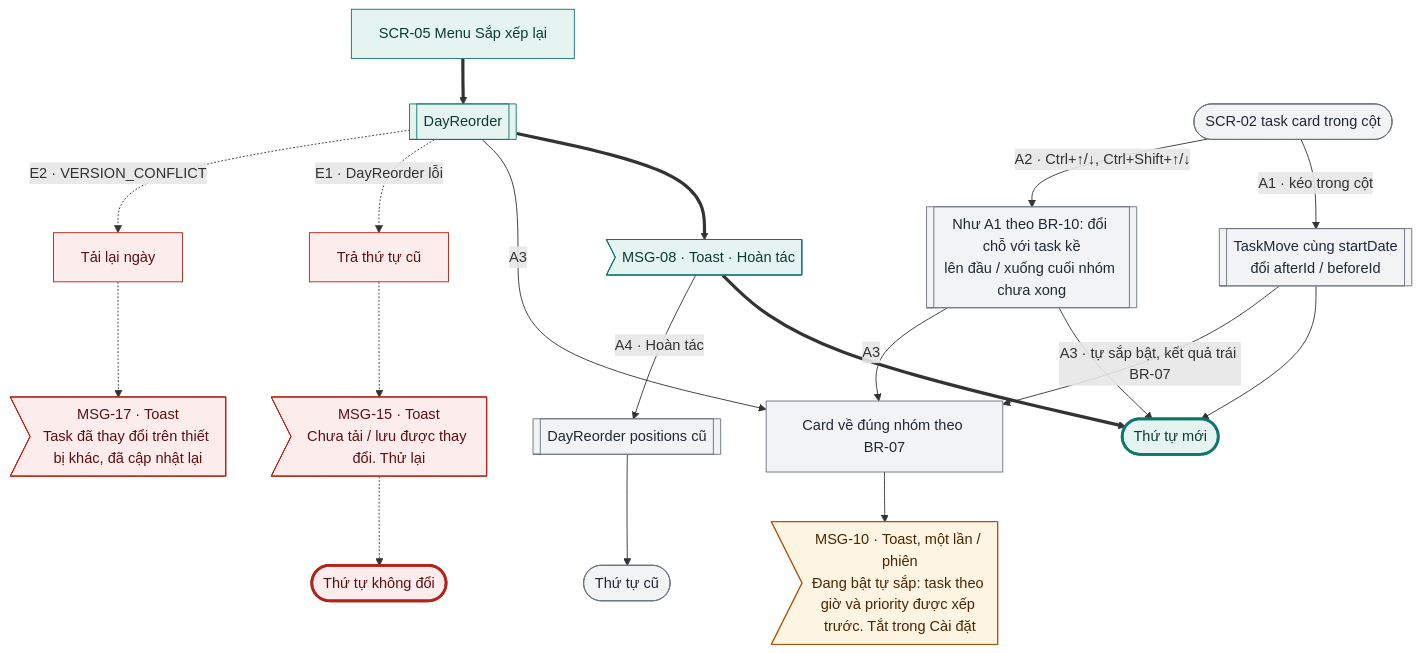
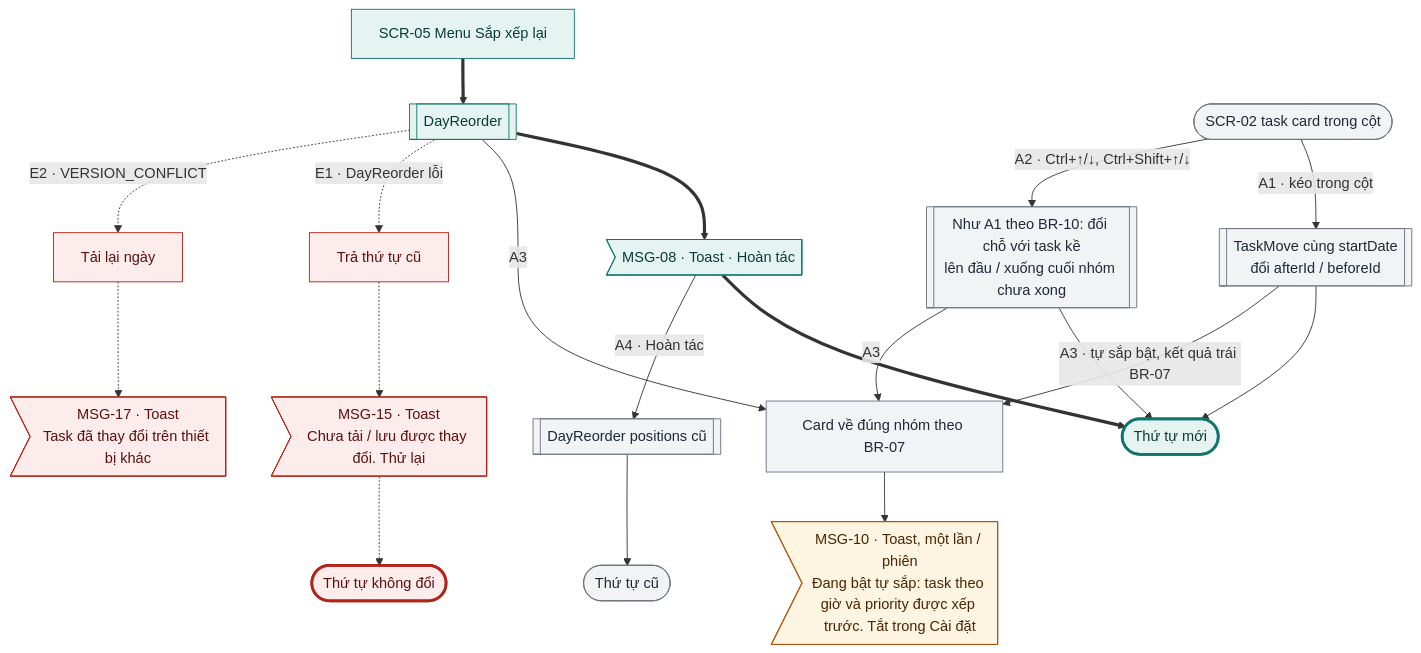
Before and after one commit to tannguyenho/personal-app: diagram 11 of 20 in docs/design-brief/flow/g04-board-ngay.md, drawn with Mermaid. The commit also changed other lines of this file and 7 other files, not shown here.

First line of the commit message:
docs: sửa flow và SRS theo nguồn đã quyết (QC-08, tech, G08 A6, G10 nút Dừng)

````diff
--- a/docs/design-brief/flow/g04-board-ngay.md
+++ b/docs/design-brief/flow/g04-board-ngay.md
@@ -467,41 +467,41 @@
 ```mermaid
 flowchart TD
   s1["SCR-05 Menu Sắp xếp lại"]
   p1[["DayReorder"]]
   m1>"MSG-08 · Toast · Hoàn tác"]
   ok(["Thứ tự mới"])
   s1 ==> p1 ==> m1 ==> ok
 
   s0(["SCR-02 task card trong cột"]) -->|"A1 · kéo trong cột"| a1[["TaskMove cùng startDate<br/>đổi afterId / beforeId"]]
   s0 -->|"A2 · Ctrl+↑/↓, Ctrl+Shift+↑/↓"| a2[["Như A1 theo BR-10: đổi chỗ với task kề<br/>lên đầu / xuống cuối nhóm chưa xong"]]
   a1 --> ok
   a2 --> ok
   a1 -->|"A3 · tự sắp bật, kết quả trái BR-07"| a3["Card về đúng nhóm theo BR-07"]
   a2 -->|"A3"| a3
   p1 -->|"A3"| a3
   a3 --> a3m>"MSG-10 · Toast, một lần / phiên<br/>Đang bật tự sắp: task theo giờ và priority được xếp trước. Tắt trong Cài đặt"]
   m1 -->|"A4 · Hoàn tác"| a4[["DayReorder positions cũ"]]
   a4 --> a4e(["Thứ tự cũ"])
 
   p1 -.->|"E1 · DayReorder lỗi"| e1["Trả thứ tự cũ"]
   e1 -.-> e1m>"MSG-15 · Toast<br/>Chưa tải / lưu được thay đổi. Thử lại"]
   e1m -.-> fail(["Thứ tự không đổi"])
   p1 -.->|"E2 · VERSION_CONFLICT"| e2["Tải lại ngày"]
-  e2 -.-> e2m>"MSG-17 · Toast<br/>Task đã thay đổi trên thiết bị khác, đã cập nhật lại"]
+  e2 -.-> e2m>"MSG-17 · Toast<br/>Task đã thay đổi trên thiết bị khác"]
 
   class s1,p1,m1 happy
   class s0,a1,a2,a3,a4,a4e alt
   class a3m warn
   class e1,e1m,e2,e2m err
   class ok done
   class fail fail
   classDef happy fill:#E6F4F1,stroke:#0F766E,color:#0B3B36
   classDef alt fill:#F1F3F5,stroke:#6B7280,color:#1F2937
   classDef err fill:#FDECEC,stroke:#B42318,color:#5C1010
   classDef warn fill:#FEF4E2,stroke:#B45309,color:#4A2604
   classDef ai fill:#F1ECFD,stroke:#6D28D9,color:#2E1065
   classDef sync fill:#FFFFFF,stroke:#6B7280,stroke-dasharray:4 3,color:#1F2937
   classDef link fill:#FFFFFF,stroke:#0F766E,stroke-dasharray:4 3,color:#0B3B36
   classDef done fill:#E6F4F1,stroke:#0F766E,stroke-width:3px,color:#0B3B36
   classDef fail fill:#FDECEC,stroke:#B42318,stroke-width:3px,color:#5C1010
 ```
````
